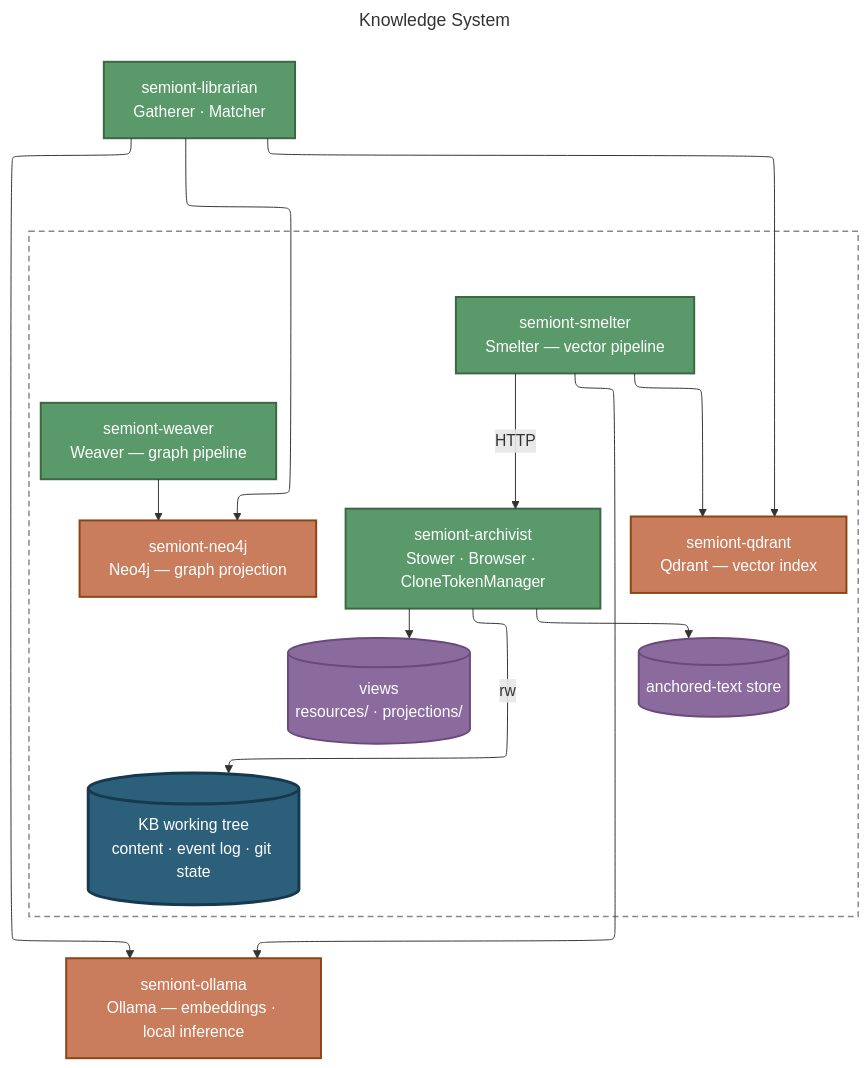
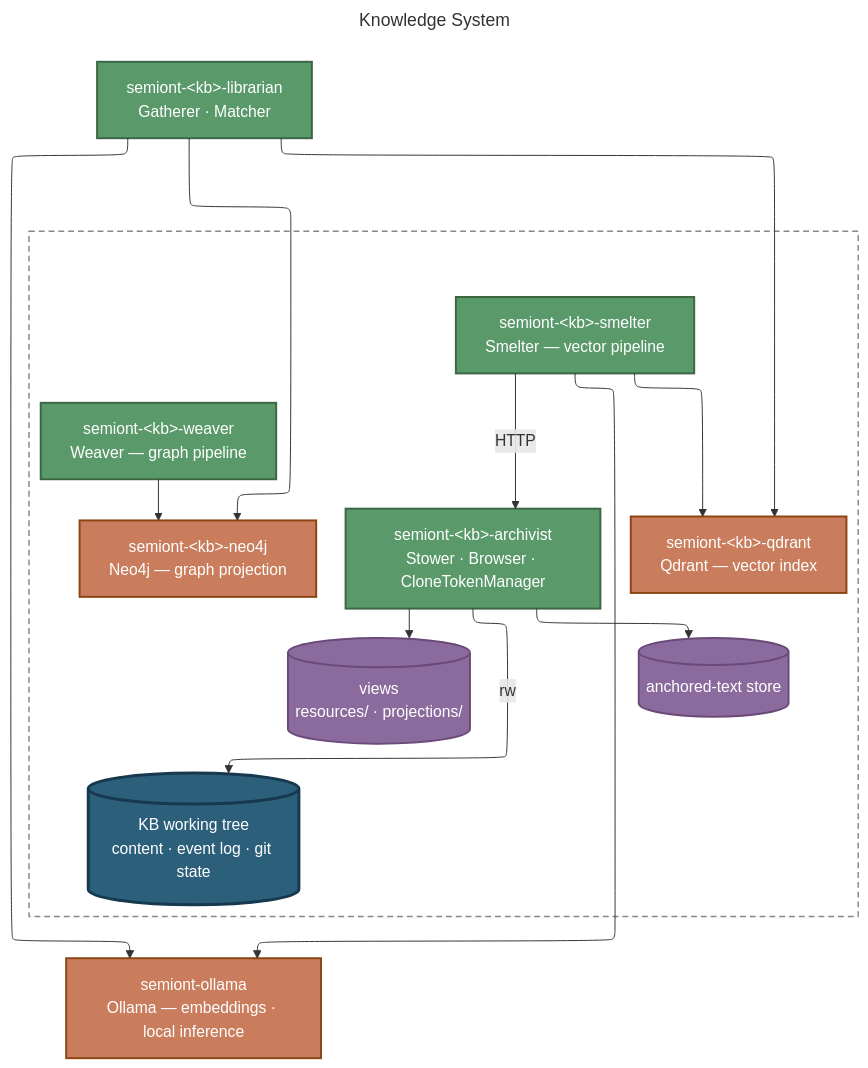
The diagram in docs/architecture/KNOWLEDGE-SYSTEM.md (The-AI-Alliance/semiont), drawn with Mermaid before and after one commit. The commit also changed other lines of this file and 100 other files, not shown here.

````diff
--- a/docs/architecture/KNOWLEDGE-SYSTEM.md
+++ b/docs/architecture/KNOWLEDGE-SYSTEM.md
@@ -25,54 +25,54 @@
 ```mermaid
 ---
 title: Knowledge System
 config:
   layout: elk
 ---
 graph TB
-    LIB["semiont-librarian<br/>Gatherer · Matcher"]
+    LIB["semiont-&lt;kb&gt;-librarian<br/>Gatherer · Matcher"]
 
     subgraph G2 [" "]
-        SMELT["semiont-smelter<br/>Smelter — vector pipeline"]
-        WEAVE["semiont-weaver<br/>Weaver — graph pipeline"]
-        ARCH["semiont-archivist<br/>Stower · Browser · CloneTokenManager"]
-        QD["semiont-qdrant<br/>Qdrant — vector index"]
-        NEO["semiont-neo4j<br/>Neo4j — graph projection"]
+        SMELT["semiont-&lt;kb&gt;-smelter<br/>Smelter — vector pipeline"]
+        WEAVE["semiont-&lt;kb&gt;-weaver<br/>Weaver — graph pipeline"]
+        ARCH["semiont-&lt;kb&gt;-archivist<br/>Stower · Browser · CloneTokenManager"]
+        QD["semiont-&lt;kb&gt;-qdrant<br/>Qdrant — vector index"]
+        NEO["semiont-&lt;kb&gt;-neo4j<br/>Neo4j — graph projection"]
         ANCH[("anchored-text store")]
         VIEWS[("views<br/>resources/ · projections/")]
         TREE[("KB working tree<br/>content · event log · git state")]
     end
 
     OL["semiont-ollama<br/>Ollama — embeddings · local inference"]
 
     ARCH -->|rw| TREE
     ARCH --> VIEWS
     ARCH --> ANCH
     SMELT -->|HTTP| ARCH
 
     WEAVE --> NEO
     LIB --> NEO
     SMELT --> QD
     LIB --> QD
     SMELT --> OL
     LIB --> OL
 
     classDef svc fill:#5a9a6a,stroke:#3d6644,stroke-width:2px,color:#fff
     classDef infra fill:#c97d5d,stroke:#8b4513,stroke-width:2px,color:#fff
     classDef store fill:#8b6b9d,stroke:#6b4a7a,stroke-width:2px,color:#fff
     classDef record fill:#2c5f7a,stroke:#16394f,stroke-width:3px,color:#fff
 
     class LIB,SMELT,WEAVE,ARCH svc
     class QD,NEO,OL infra
     class ANCH,VIEWS store
     class TREE record
 
     LIB ~~~ SMELT
     LIB ~~~ WEAVE
     LIB ~~~ ARCH
     TREE ~~~ OL
     NEO ~~~ TREE
     NEO ~~~ VIEWS
     QD ~~~ ANCH
 
     style G2 fill:none,stroke:#888,stroke-width:1.5px,stroke-dasharray:6 4
 ```
````
